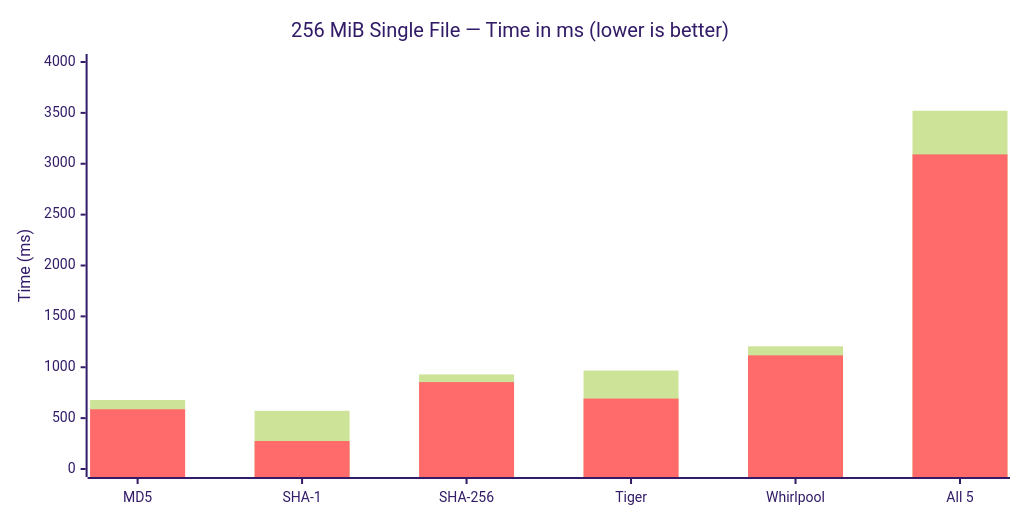
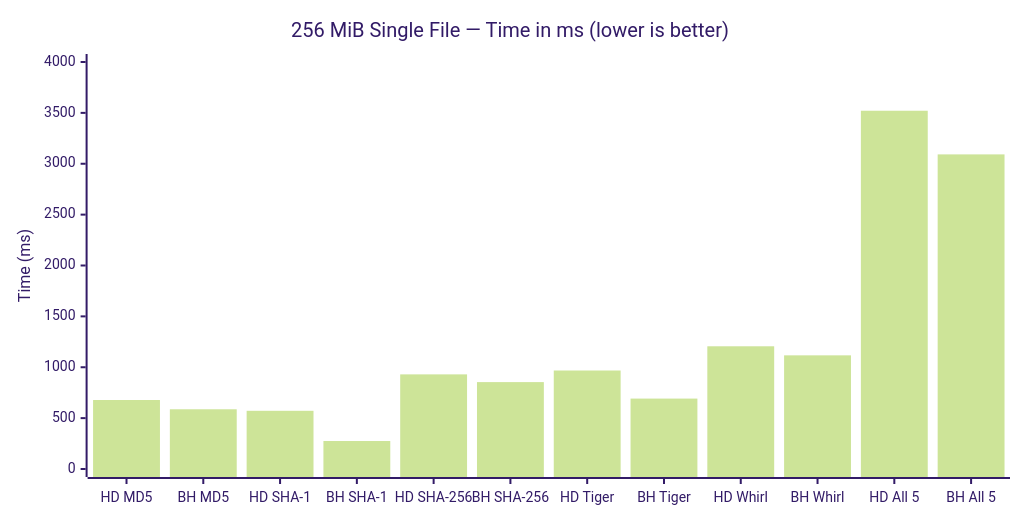
One commit to SecurityRonin/blazehash changed the first of 5 diagrams in docs/benchmarks.md. Above: the diagram before and after it, drawn with Mermaid (forest theme). The commit also changed other lines of this file, not shown here.

First line of the commit message:
docs: use interleaved side-by-side bars for all benchmark charts

````diff
--- a/docs/benchmarks.md
+++ b/docs/benchmarks.md
@@ -39,13 +39,12 @@
 ```mermaid
 ---
 config:
     xyChart:
         width: 1000
 ---
 xychart-beta
     title "256 MiB Single File — Time in ms (lower is better)"
-    x-axis ["MD5", "SHA-1", "SHA-256", "Tiger", "Whirlpool", "All 5"]
+    x-axis ["HD MD5", "BH MD5", "HD SHA-1", "BH SHA-1", "HD SHA-256", "BH SHA-256", "HD Tiger", "BH Tiger", "HD Whirl", "BH Whirl", "HD All 5", "BH All 5"]
     y-axis "Time (ms)" 0 --> 4000
-    bar "hashdeep" [678, 572, 930, 968, 1206, 3521]
-    bar "blazehash" [587, 275, 854, 692, 1117, 3092]
+    bar [678, 587, 572, 275, 930, 854, 968, 692, 1206, 1117, 3521, 3092]
 ```
````
